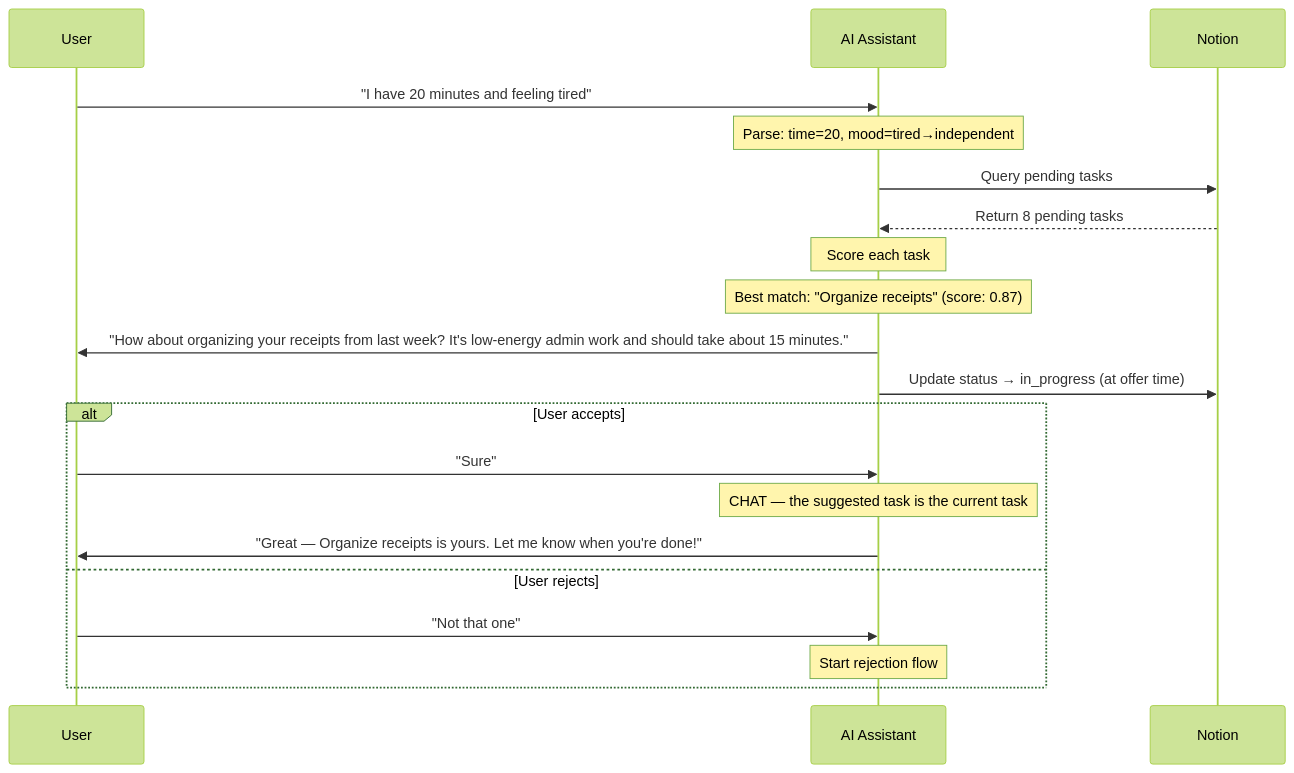
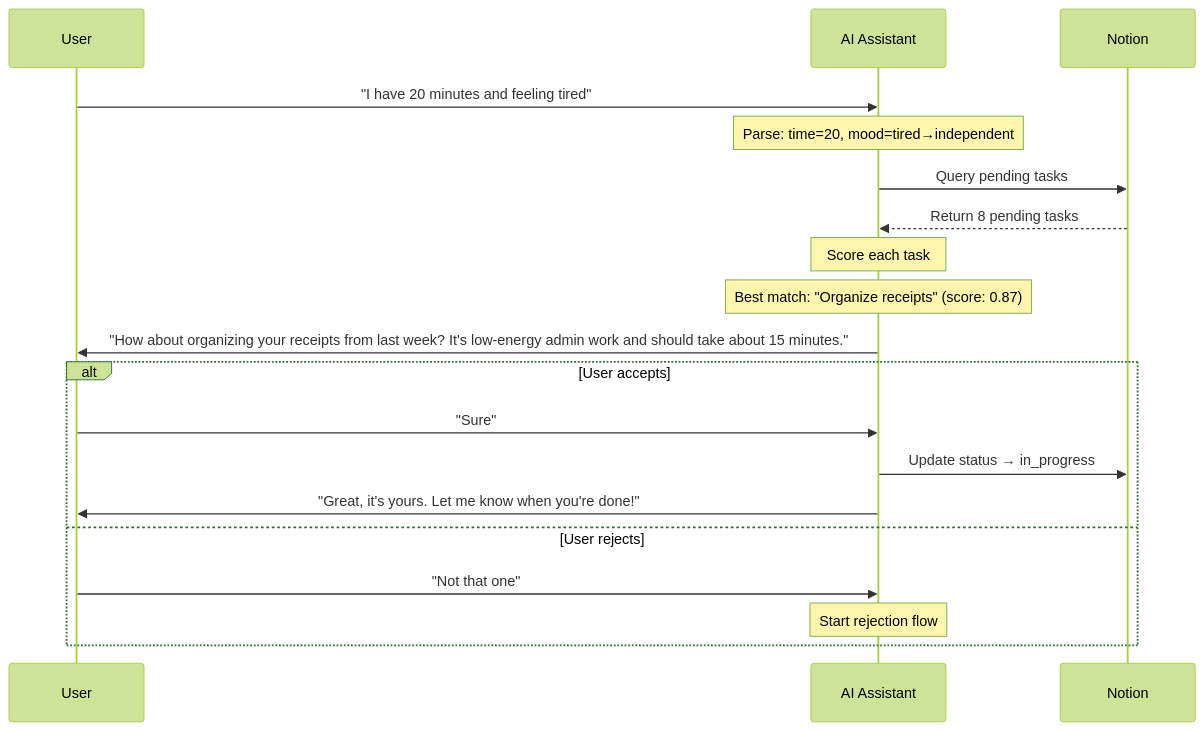
One commit to NickBorgersProbably/hide-my-list changed the fifth of 28 diagrams in docs/user-interactions.md. Above: the diagram before and after it, drawn with Mermaid (forest theme). The commit also changed other lines of this file and 17 other files, not shown here.

````diff
--- a/docs/user-interactions.md
+++ b/docs/user-interactions.md
@@ -144,29 +144,27 @@
 ```mermaid
 sequenceDiagram
     participant U as User
     participant AI as AI Assistant
     participant N as Notion
 
     U->>AI: "I have 20 minutes and feeling tired"
 
     Note over AI: Parse: time=20, mood=tired→independent
 
     AI->>N: Query pending tasks
     N-->>AI: Return 8 pending tasks
 
     Note over AI: Score each task
     Note over AI: Best match: "Organize receipts" (score: 0.87)
 
     AI->>U: "How about organizing your receipts from last week? It's low-energy admin work and should take about 15 minutes."
 
-    AI->>N: Update status → in_progress (at offer time)
-
     alt User accepts
         U->>AI: "Sure"
-        Note over AI: CHAT — the suggested task is the current task
-        AI->>U: "Great — Organize receipts is yours. Let me know when you're done!"
+        AI->>N: Update status → in_progress
+        AI->>U: "Great, it's yours. Let me know when you're done!"
     else User rejects
         U->>AI: "Not that one"
         Note over AI: Start rejection flow
     end
 ```
````
